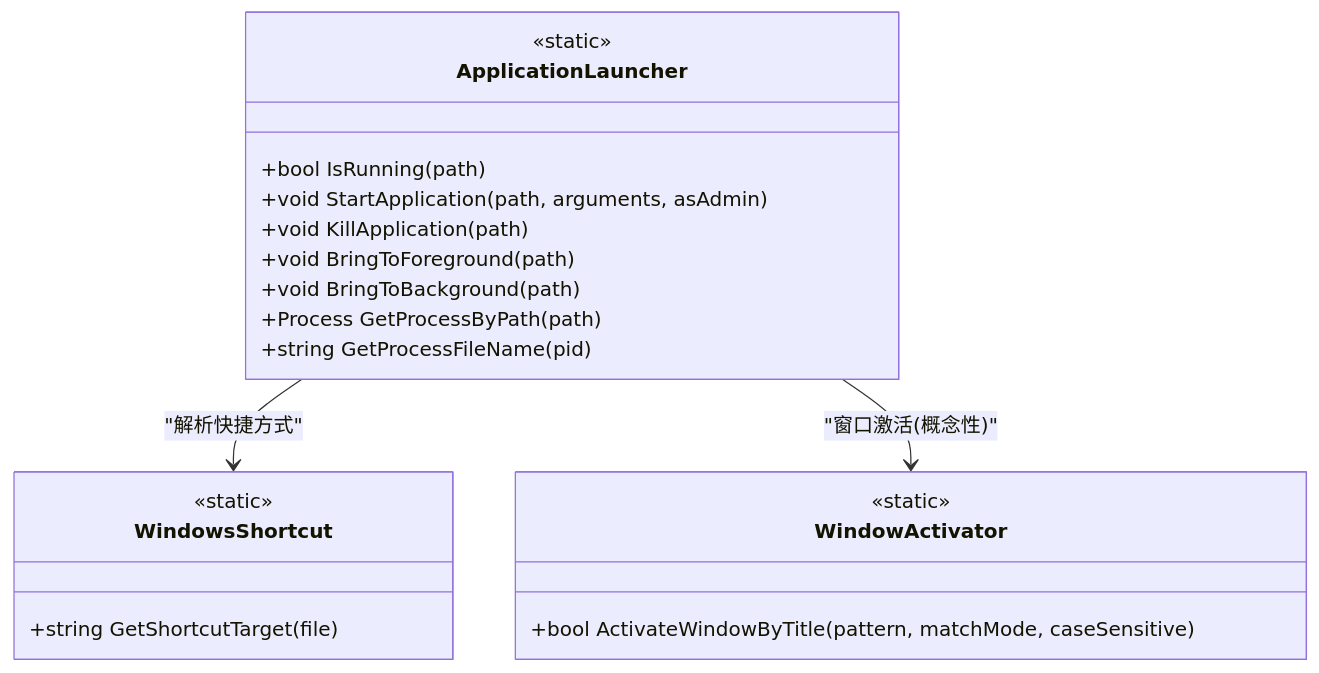
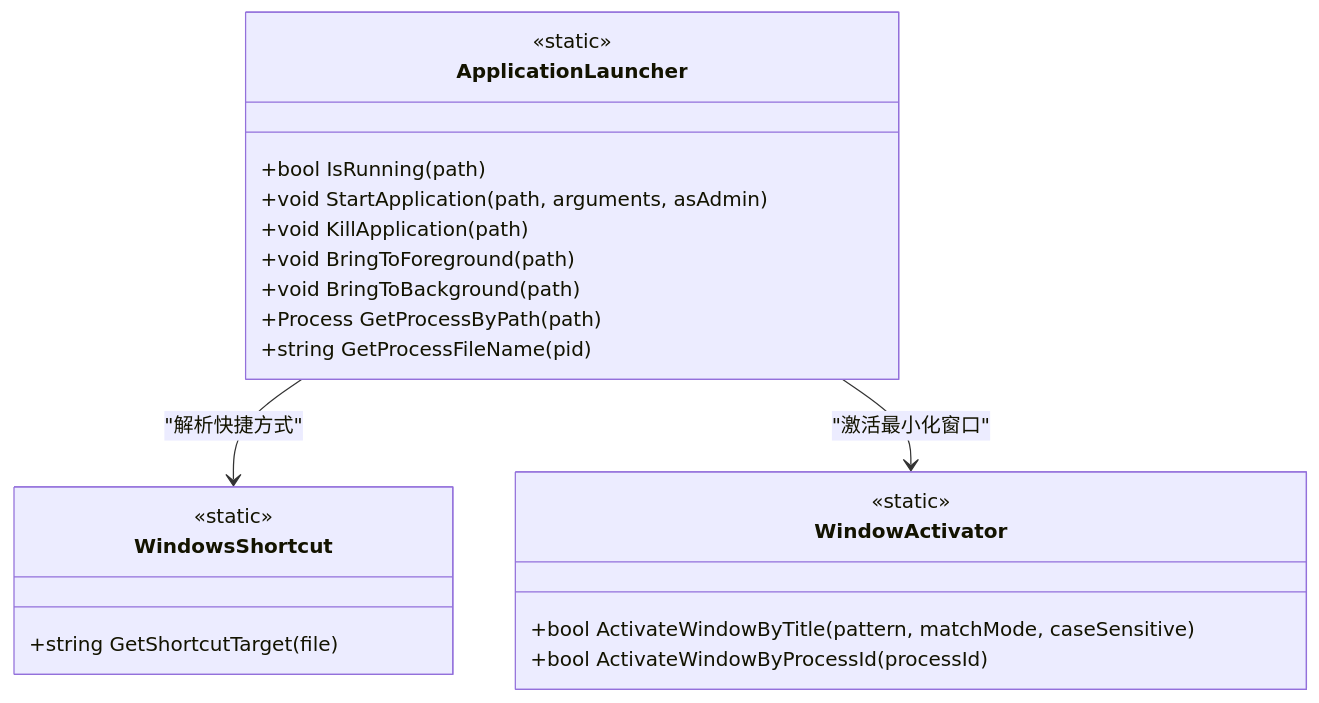
One commit to tea4go/Macro-Deck-Windows-Utils-Plugin changed the fourth of 7 diagrams in .qoder/repowiki/zh/content/核心功能/应用程序管理.md. Above: the diagram before and after it, drawn with Mermaid. The commit also changed other lines of this file and 16 other files, not shown here.

````diff
--- a/.qoder/repowiki/zh/content/核心功能/应用程序管理.md
+++ b/.qoder/repowiki/zh/content/核心功能/应用程序管理.md
@@ -218,23 +240,24 @@
 ```mermaid
 classDiagram
 class ApplicationLauncher {
 +bool IsRunning(path)
 +void StartApplication(path, arguments, asAdmin)
 +void KillApplication(path)
 +void BringToForeground(path)
 +void BringToBackground(path)
 +Process GetProcessByPath(path)
 +string GetProcessFileName(pid)
 <<static>>
 }
 class WindowsShortcut {
 +string GetShortcutTarget(file)
 <<static>>
 }
 class WindowActivator {
 +bool ActivateWindowByTitle(pattern, matchMode, caseSensitive)
++bool ActivateWindowByProcessId(processId)
 <<static>>
 }
 ApplicationLauncher --> WindowsShortcut : "解析快捷方式"
-ApplicationLauncher --> WindowActivator : "窗口激活(概念性)"
+ApplicationLauncher --> WindowActivator : "激活最小化窗口"
 ```
````
